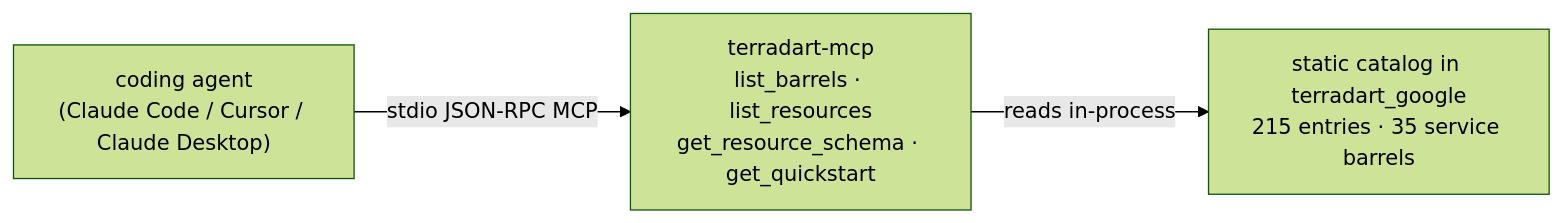
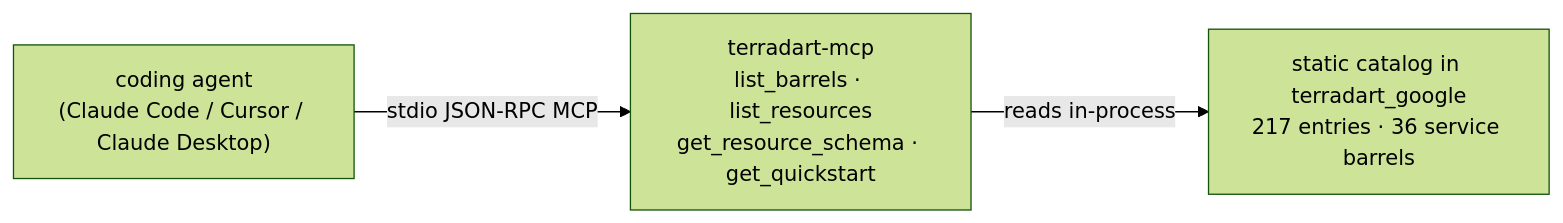
One commit to nozomi-koborinai/terradart changed the diagram in website/src/content/docs/docs/agent/index.md. Above: the diagram before and after it, drawn with Mermaid (forest theme). The commit also changed other lines of this file and 27 other files, not shown here.

````diff
--- a/website/src/content/docs/docs/agent/index.md
+++ b/website/src/content/docs/docs/agent/index.md
@@ -12,8 +12,8 @@
 ```mermaid
 graph LR
   agent["coding agent<br/>(Claude Code / Cursor / Claude Desktop)"]
   mcp["terradart-mcp<br/>list_barrels · list_resources<br/>get_resource_schema · get_quickstart"]
-  catalog["static catalog in terradart_google<br/>215 entries · 35 service barrels"]
+  catalog["static catalog in terradart_google<br/>217 entries · 36 service barrels"]
   agent -->|stdio JSON-RPC MCP| mcp
   mcp -->|reads in-process| catalog
 ```
````
